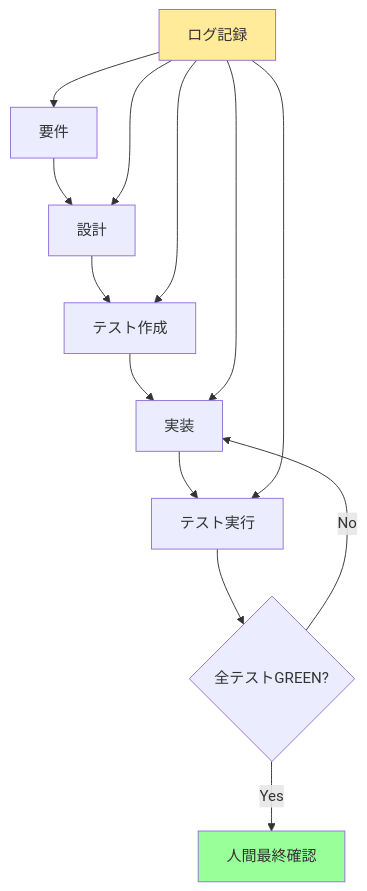
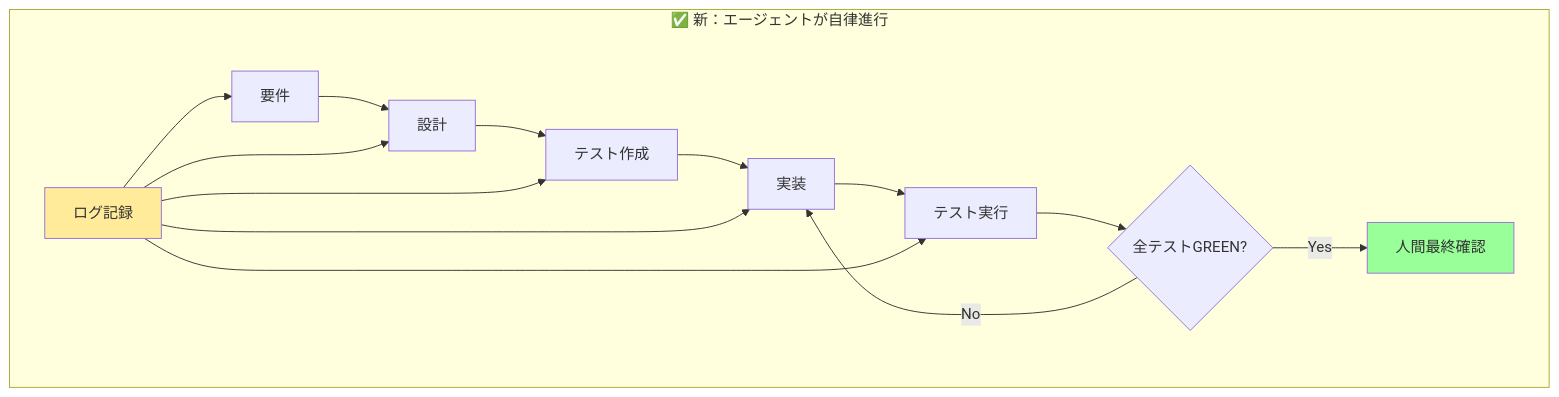
The second of 2 diagrams in articles/sdd-tdd-nonblocking-agent.md (s977043/my-blog), drawn with Mermaid before and after one commit. The commit also changed other lines of this file, not shown here.

````diff
--- a/articles/sdd-tdd-nonblocking-agent.md
+++ b/articles/sdd-tdd-nonblocking-agent.md
@@ -144,19 +146,21 @@
 ```mermaid
 graph TB
-    A[要件] --> B[設計]
-    B --> C[テスト作成]
-    C --> D[実装]
-    D --> E[テスト実行]
-    E --> F{全テストGREEN?}
-    F -->|Yes| G[人間最終確認]
-    F -->|No| D
+    subgraph "✅ 新：エージェントが自律進行"
+    A2[要件] --> B2[設計]
+    B2 --> C2[テスト作成]
+    C2 --> D2[実装]
+    D2 --> E2[テスト実行]
+    E2 --> F2{全テストGREEN?}
+    F2 -->|Yes| G2[人間最終確認]
+    F2 -->|No| D2
     
-    H[ログ記録] --> A
-    H --> B
-    H --> C
-    H --> D
-    H --> E
+    H2[ログ記録] --> A2
+    H2 --> B2
+    H2 --> C2
+    H2 --> D2
+    H2 --> E2
+    end
     
-    style G fill:#99ff99
-    style H fill:#ffeb99
+    style G2 fill:#99ff99
+    style H2 fill:#ffeb99
 ```
````
